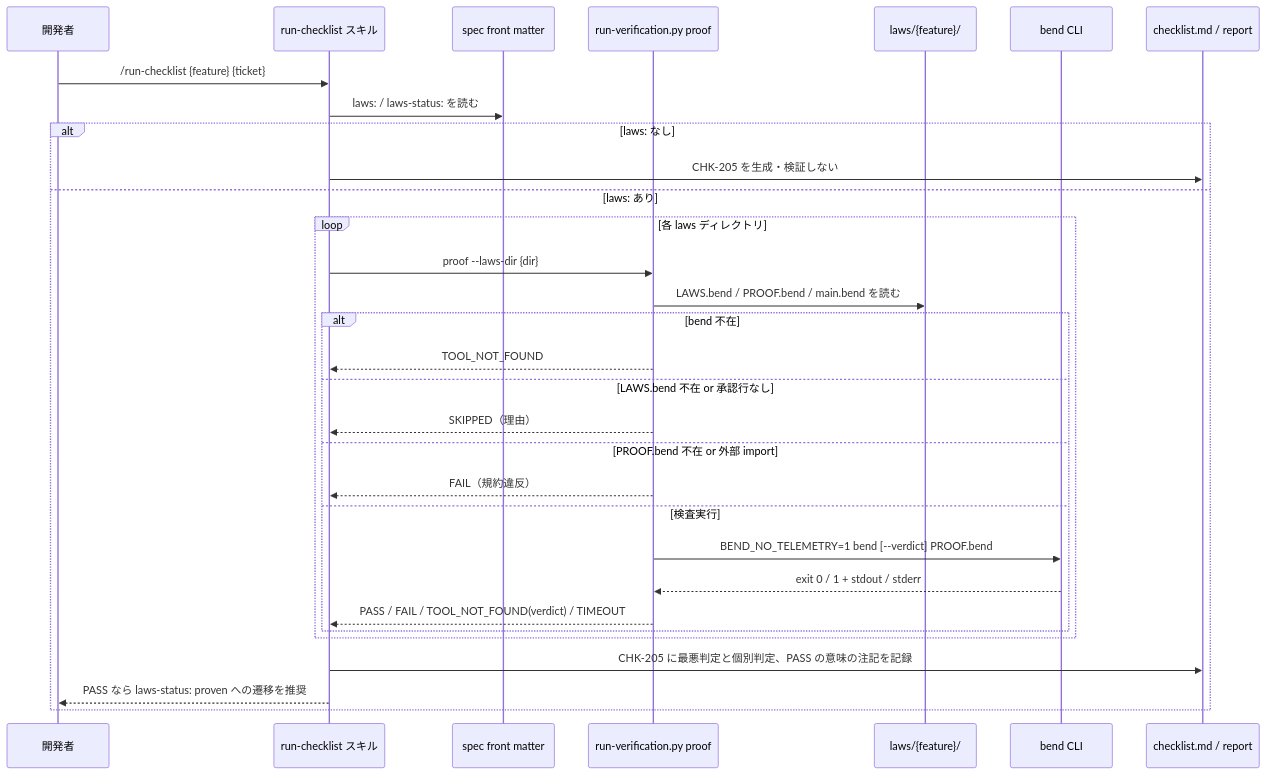
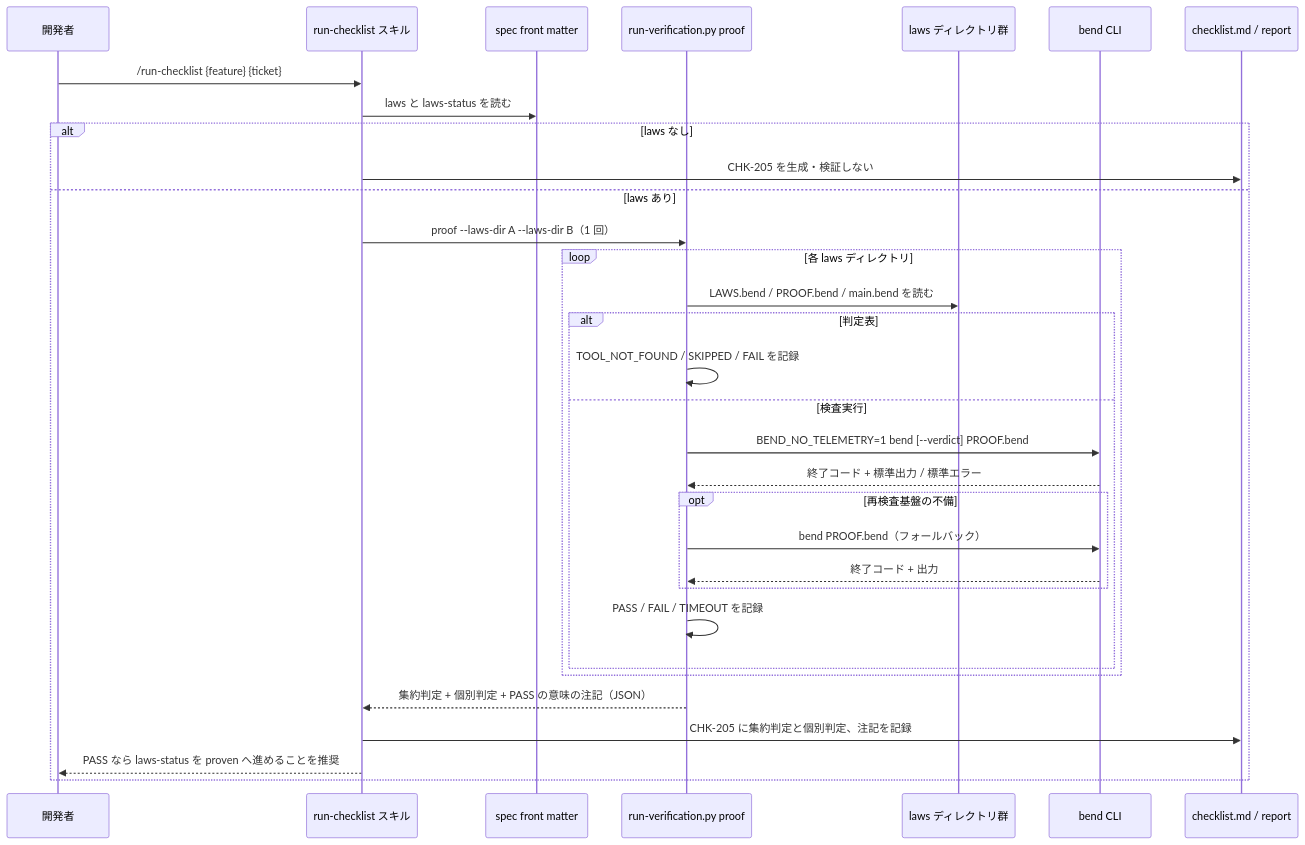
The first of 2 diagrams in .sdd/specification/task-implementation/proof-gate_spec.md (ToshikiImagawa/ai-sdd-workflow-dev), drawn with Mermaid before and after one commit. The commit also changed other lines of this file and 8 other files, not shown here.

````diff
--- a/.sdd/specification/task-implementation/proof-gate_spec.md
+++ b/.sdd/specification/task-implementation/proof-gate_spec.md
@@ -232,34 +273,35 @@
 ```mermaid
 sequenceDiagram
     participant User as 開発者
     participant Skill as run-checklist スキル
     participant Spec as spec front matter
     participant Script as run-verification.py proof
-    participant Laws as laws/{feature}/
+    participant Laws as laws ディレクトリ群
     participant Bend as bend CLI
     participant CL as checklist.md / report
 
     User ->> Skill: /run-checklist {feature} {ticket}
-    Skill ->> Spec: laws: / laws-status: を読む
-    alt laws: なし
+    Skill ->> Spec: laws と laws-status を読む
+    alt laws なし
         Skill ->> CL: CHK-205 を生成・検証しない
-    else laws: あり
+    else laws あり
+        Skill ->> Script: proof --laws-dir A --laws-dir B（1 回）
         loop 各 laws ディレクトリ
-            Skill ->> Script: proof --laws-dir {dir}
             Script ->> Laws: LAWS.bend / PROOF.bend / main.bend を読む
-            alt bend 不在
-                Script -->> Skill: TOOL_NOT_FOUND
-            else LAWS.bend 不在 or 承認行なし
-                Script -->> Skill: SKIPPED（理由）
-            else PROOF.bend 不在 or 外部 import
-                Script -->> Skill: FAIL（規約違反）
+            alt 判定表 #1〜#7 に該当
+                Script ->> Script: TOOL_NOT_FOUND / SKIPPED / FAIL を記録
             else 検査実行
                 Script ->> Bend: BEND_NO_TELEMETRY=1 bend [--verdict] PROOF.bend
-                Bend -->> Script: exit 0 / 1 + stdout / stderr
-                Script -->> Skill: PASS / FAIL / TOOL_NOT_FOUND(verdict) / TIMEOUT
+                Bend -->> Script: 終了コード + 標準出力 / 標準エラー
+                opt 再検査基盤の不備
+                    Script ->> Bend: bend PROOF.bend（フォールバック）
+                    Bend -->> Script: 終了コード + 出力
+                end
+                Script ->> Script: PASS / FAIL / TIMEOUT を記録
             end
         end
-        Skill ->> CL: CHK-205 に最悪判定と個別判定、PASS の意味の注記を記録
-        Skill -->> User: PASS なら laws-status: proven への遷移を推奨
+        Script -->> Skill: 集約判定 + 個別判定 + PASS の意味の注記（JSON）
+        Skill ->> CL: CHK-205 に集約判定と個別判定、注記を記録
+        Skill -->> User: PASS なら laws-status を proven へ進めることを推奨
     end
 ```
````
